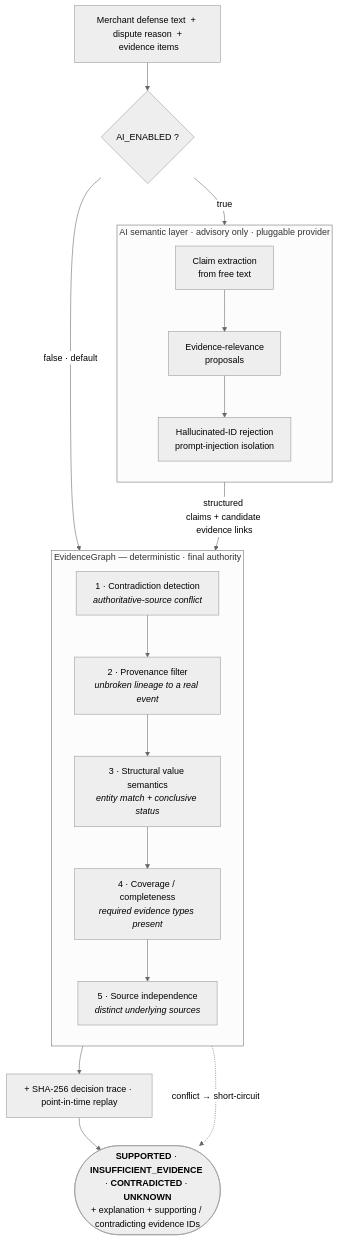
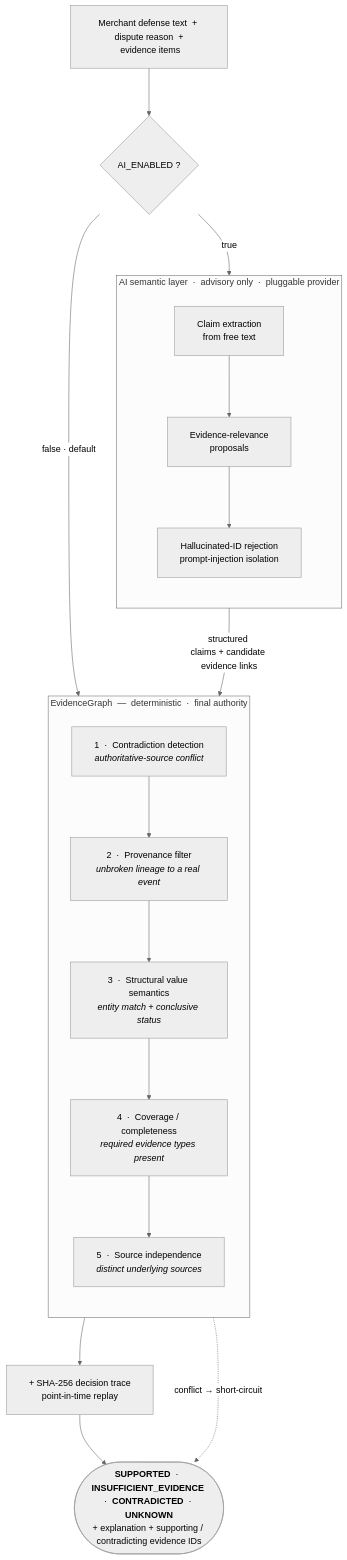
The first of 2 diagrams in README.md (NikhilMamilla/EvidenceGraph), drawn with Mermaid (neutral theme) before and after one commit. The commit also changed other lines of this file, not shown here.

Commit message:
docs(readme): widen flowchart gaps in How it works diagrams

````diff
--- a/README.md
+++ b/README.md
@@ -151,27 +151,32 @@
 ```mermaid
+%%{init: {'flowchart': {'nodeSpacing': 55, 'rankSpacing': 85, 'padding': 20, 'curve': 'basis'}}}%%
 flowchart TD
     IN["Merchant defense text&nbsp; + &nbsp;dispute reason&nbsp; + &nbsp;evidence items"]
     IN --> GATE{"AI_ENABLED ?"}
+
     GATE -- "false · default" --> DET
     GATE -- "true" --> AI
 
-    subgraph AI ["AI semantic layer · advisory only · pluggable provider"]
+    subgraph AI ["AI semantic layer &nbsp;·&nbsp; advisory only &nbsp;·&nbsp; pluggable provider"]
         direction TB
-        A1["Claim extraction<br>from free text"] --> A2["Evidence-relevance<br>proposals"] --> A3["Hallucinated-ID rejection<br>prompt-injection isolation"]
+        A1["Claim extraction<br>from free text"]
+        A2["Evidence-relevance<br>proposals"]
+        A3["Hallucinated-ID rejection<br>prompt-injection isolation"]
+        A1 --> A2 --> A3
     end
     AI -- "structured claims&nbsp;+&nbsp;candidate evidence links" --> DET
 
-    subgraph DET ["EvidenceGraph — deterministic · final authority"]
+    subgraph DET ["EvidenceGraph &nbsp;—&nbsp; deterministic &nbsp;·&nbsp; final authority"]
         direction TB
-        C1["1 · Contradiction detection<br><i>authoritative-source conflict</i>"]
-        C2["2 · Provenance filter<br><i>unbroken lineage to a real event</i>"]
-        C3["3 · Structural value semantics<br><i>entity match + conclusive status</i>"]
-        C4["4 · Coverage / completeness<br><i>required evidence types present</i>"]
-        C5["5 · Source independence<br><i>distinct underlying sources</i>"]
+        C1["1 &nbsp;·&nbsp; Contradiction detection<br><i>authoritative-source conflict</i>"]
+        C2["2 &nbsp;·&nbsp; Provenance filter<br><i>unbroken lineage to a real event</i>"]
+        C3["3 &nbsp;·&nbsp; Structural value semantics<br><i>entity match + conclusive status</i>"]
+        C4["4 &nbsp;·&nbsp; Coverage / completeness<br><i>required evidence types present</i>"]
+        C5["5 &nbsp;·&nbsp; Source independence<br><i>distinct underlying sources</i>"]
         C1 --> C2 --> C3 --> C4 --> C5
     end
 
     C1 -. "conflict → short-circuit" .-> V
-    C5 --> TRACE["+ SHA-256 decision trace · point-in-time replay"]
-    TRACE --> V(["<b>SUPPORTED</b> · <b>INSUFFICIENT_EVIDENCE</b> · <b>CONTRADICTED</b> · <b>UNKNOWN</b><br>+ explanation + supporting / contradicting evidence IDs"])
+    C5 --> TRACE["+ SHA-256 decision trace<br>point-in-time replay"]
+    TRACE --> V(["<b>SUPPORTED</b> &nbsp;·&nbsp; <b>INSUFFICIENT_EVIDENCE</b> &nbsp;·&nbsp; <b>CONTRADICTED</b> &nbsp;·&nbsp; <b>UNKNOWN</b><br>+ explanation + supporting / contradicting evidence IDs"])
 ```
````
